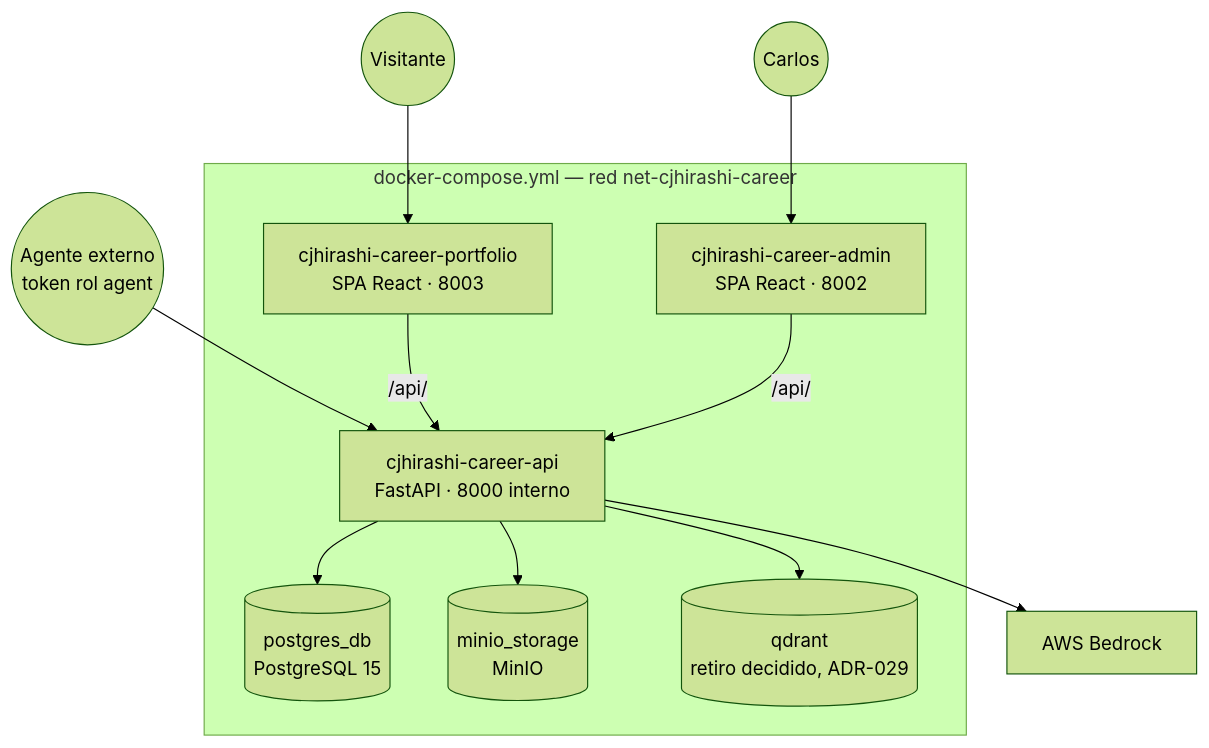
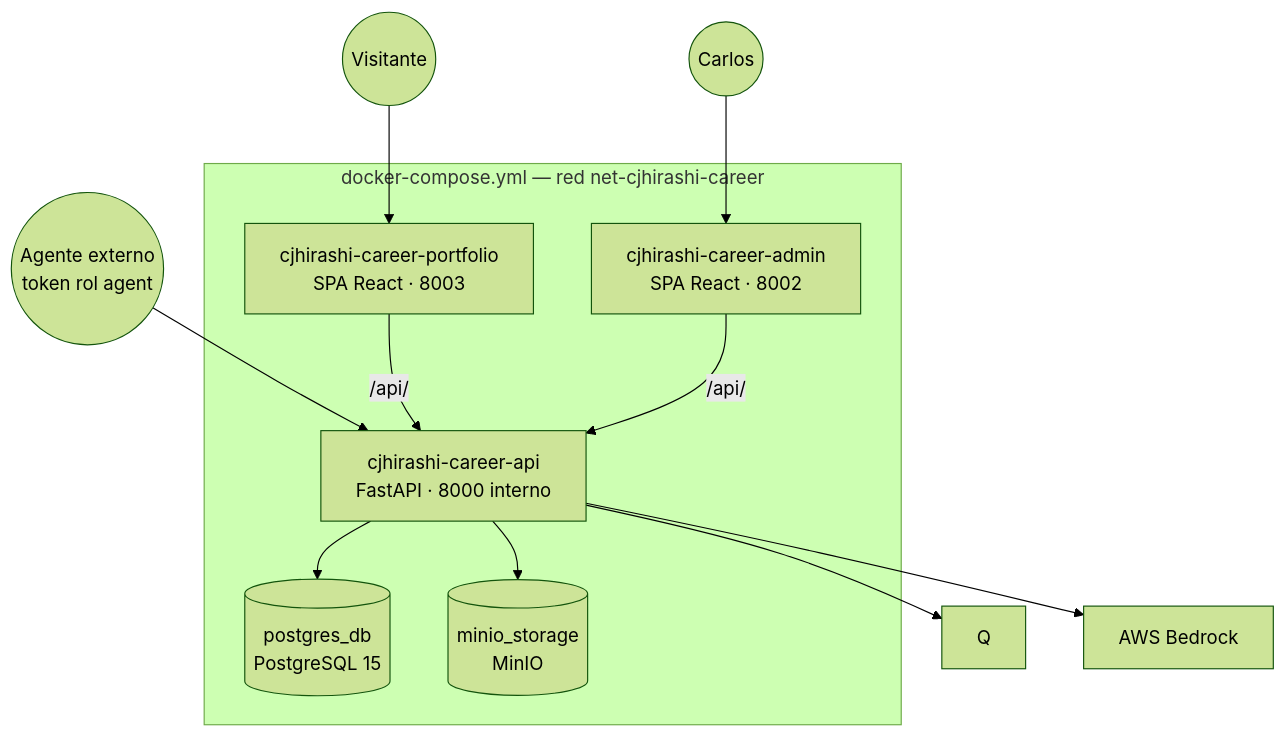
The diagram in docs/05-BUILDING-BLOCK-VIEW.md (cjhirashi/cjhirashi-career), drawn with Mermaid (forest theme) before and after one commit. The commit also changed other lines of this file and 81 other files, not shown here.

````diff
--- a/docs/05-BUILDING-BLOCK-VIEW.md
+++ b/docs/05-BUILDING-BLOCK-VIEW.md
@@ -14,22 +14,21 @@
 ```mermaid
 graph TB
     Visitante((Visitante)) --> Portal
     Carlos((Carlos)) --> Admin
     Agente((Agente externo<br/>token rol agent)) --> API
 
     subgraph Compose["docker-compose.yml — red net-cjhirashi-career"]
         Portal["cjhirashi-career-portfolio<br/>SPA React · 8003"]
         Admin["cjhirashi-career-admin<br/>SPA React · 8002"]
         API["cjhirashi-career-api<br/>FastAPI · 8000 interno"]
         PG[("postgres_db<br/>PostgreSQL 15")]
         S3[("minio_storage<br/>MinIO")]
-        Q[("qdrant<br/>retiro decidido, ADR-029")]
     end
 
     Portal -->|/api/| API
     Admin -->|/api/| API
     API --> PG
     API --> S3
     API --> Q
     API --> AWS["AWS Bedrock"]
 ```
````
